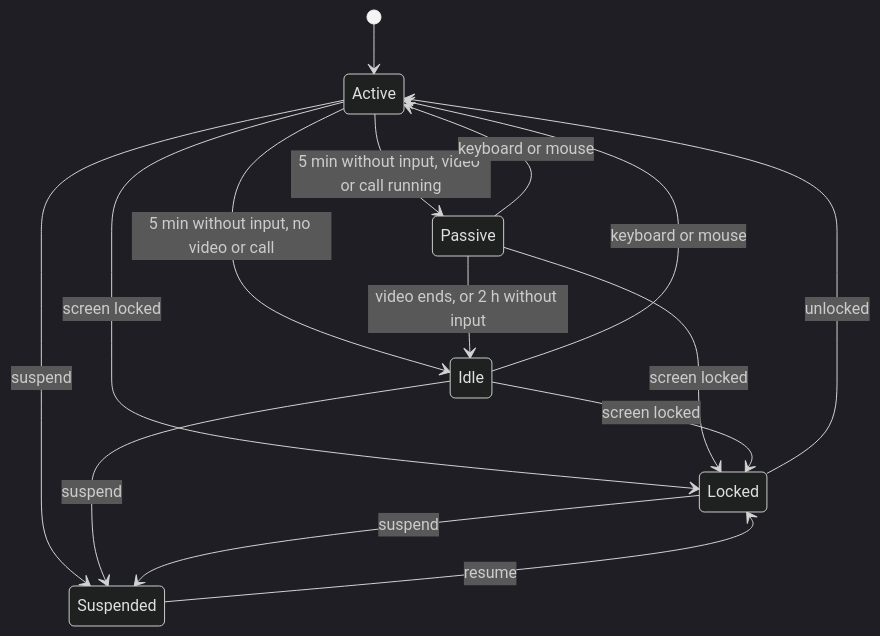
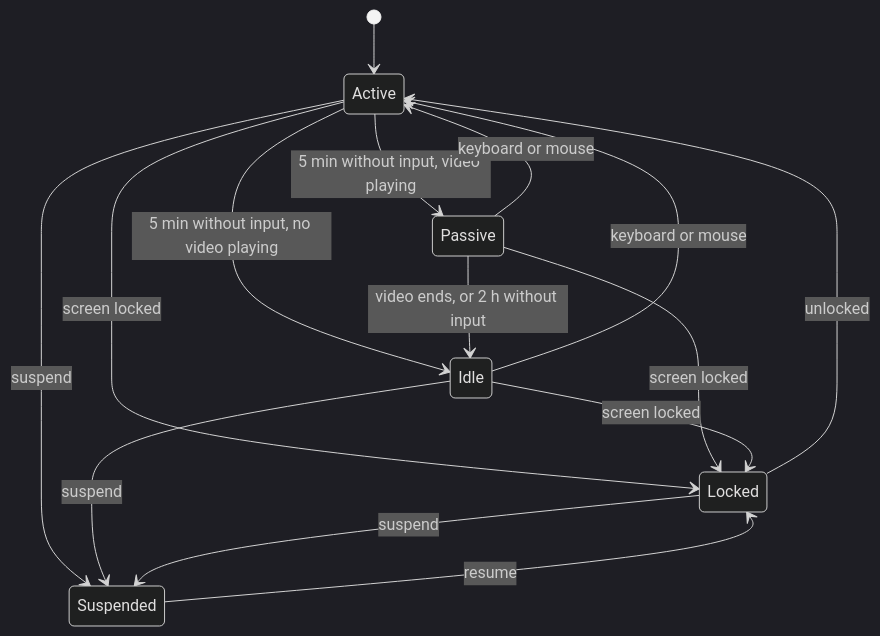
One commit to AndDev741/beConscient changed the second of 2 diagrams in docs/design.md. Above: the diagram before and after it, drawn with Mermaid (dark theme). The commit also changed other lines of this file and 12 other files, not shown here.

First line of the commit message:
Count time without input only while a media player is playing (#6)

````diff
--- a/docs/design.md
+++ b/docs/design.md
@@ -88,17 +88,17 @@
 ```mermaid
 stateDiagram-v2
   [*] --> Active
-  Active --> Idle: 5 min without input, no video or call
-  Active --> Passive: 5 min without input, video or call running
+  Active --> Idle: 5 min without input, no video playing
+  Active --> Passive: 5 min without input, video playing
   Passive --> Active: keyboard or mouse
   Passive --> Idle: video ends, or 2 h without input
   Idle --> Active: keyboard or mouse
   Active --> Locked: screen locked
   Passive --> Locked: screen locked
   Idle --> Locked: screen locked
   Locked --> Active: unlocked
   Active --> Suspended: suspend
   Idle --> Suspended: suspend
   Locked --> Suspended: suspend
   Suspended --> Locked: resume
 ```
````
